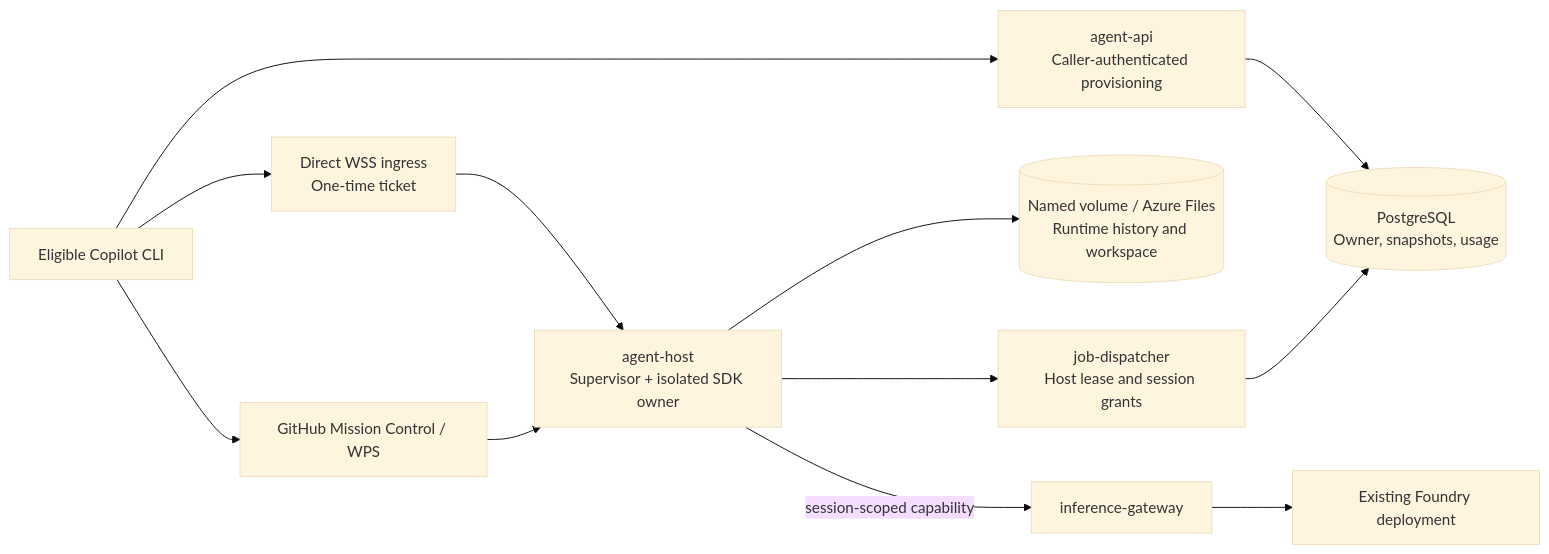
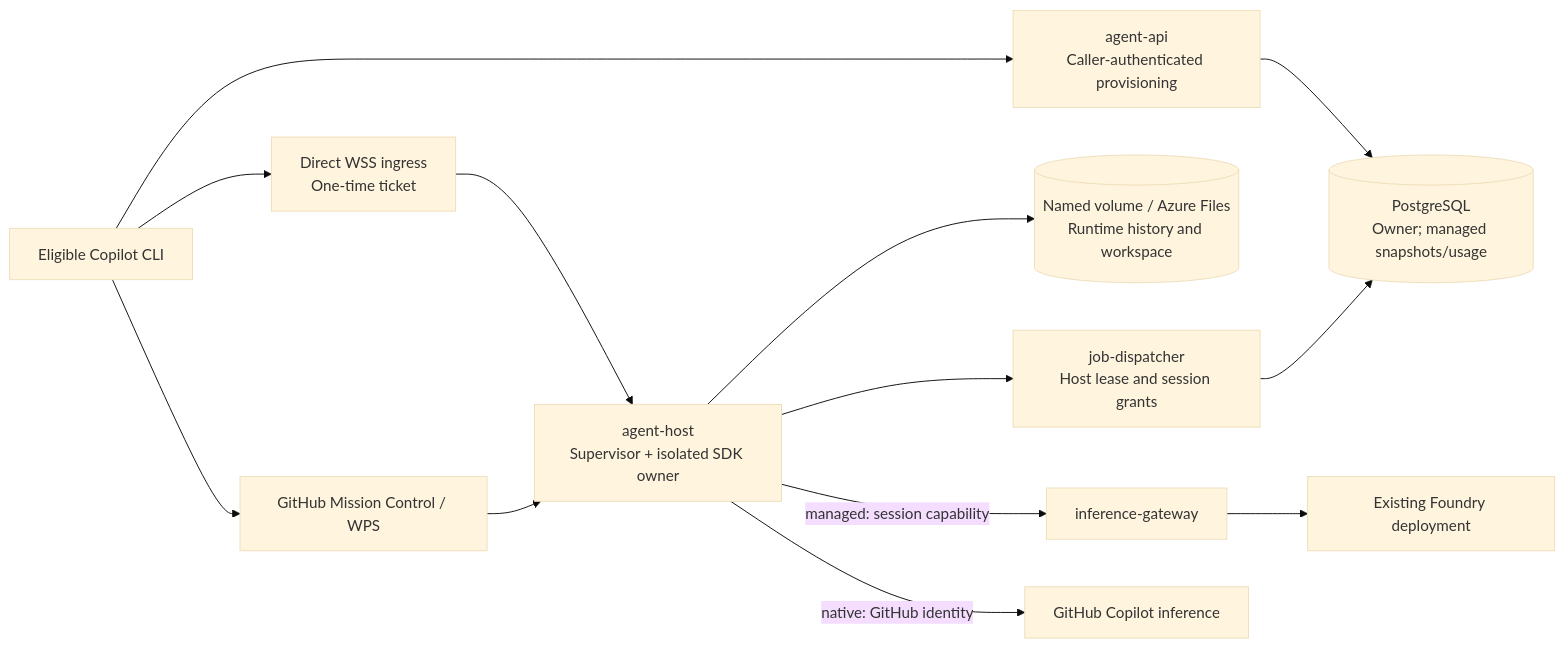
Before and after one commit to patniko/copilot-sdk-aspire: the first of 5 diagrams in docs/ARCHITECTURE.md, drawn with Mermaid (base theme). The commit also changed other lines of this file and 38 other files, not shown here.

First line of the commit message:
feat: enable independent GitHub-native Mission Control demos

````diff
--- a/docs/ARCHITECTURE.md
+++ b/docs/ARCHITECTURE.md
@@ -73,20 +74,22 @@
 ```mermaid
 flowchart LR
     CLI["Eligible Copilot CLI"]
     Provision["agent-api<br/>Caller-authenticated provisioning"]
     Direct["Direct WSS ingress<br/>One-time ticket"]
     MC["GitHub Mission Control / WPS"]
     Host["agent-host<br/>Supervisor + isolated SDK owner"]
     State[("Named volume / Azure Files<br/>Runtime history and workspace")]
     Dispatch["job-dispatcher<br/>Host lease and session grants"]
-    Ledger[("PostgreSQL<br/>Owner, snapshots, usage")]
+    Ledger[("PostgreSQL<br/>Owner; managed snapshots/usage")]
     Gateway["inference-gateway"]
     Foundry["Existing Foundry deployment"]
+    Copilot["GitHub Copilot inference"]
     CLI --> Provision
     CLI --> Direct --> Host
     CLI --> MC --> Host
     Host --> State
     Host --> Dispatch --> Ledger
     Provision --> Ledger
-    Host -->|session-scoped capability| Gateway --> Foundry
+    Host -->|managed: session capability| Gateway --> Foundry
+    Host -->|native: GitHub identity| Copilot
 ```
````
